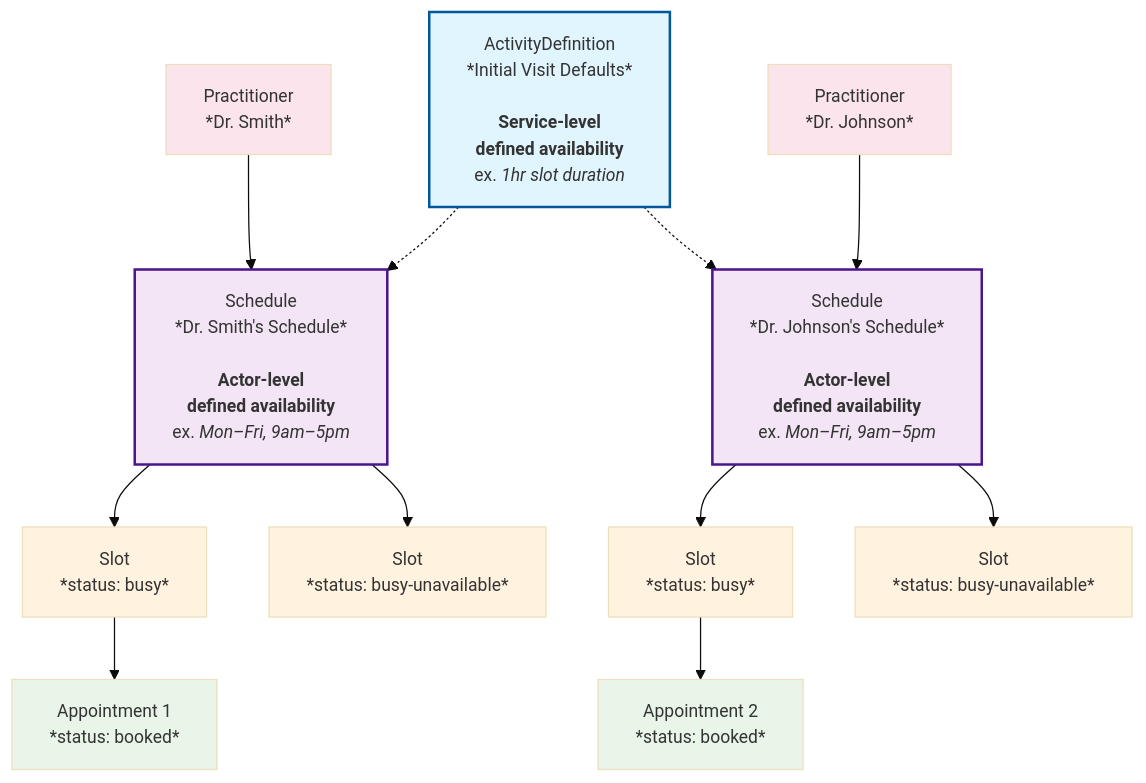
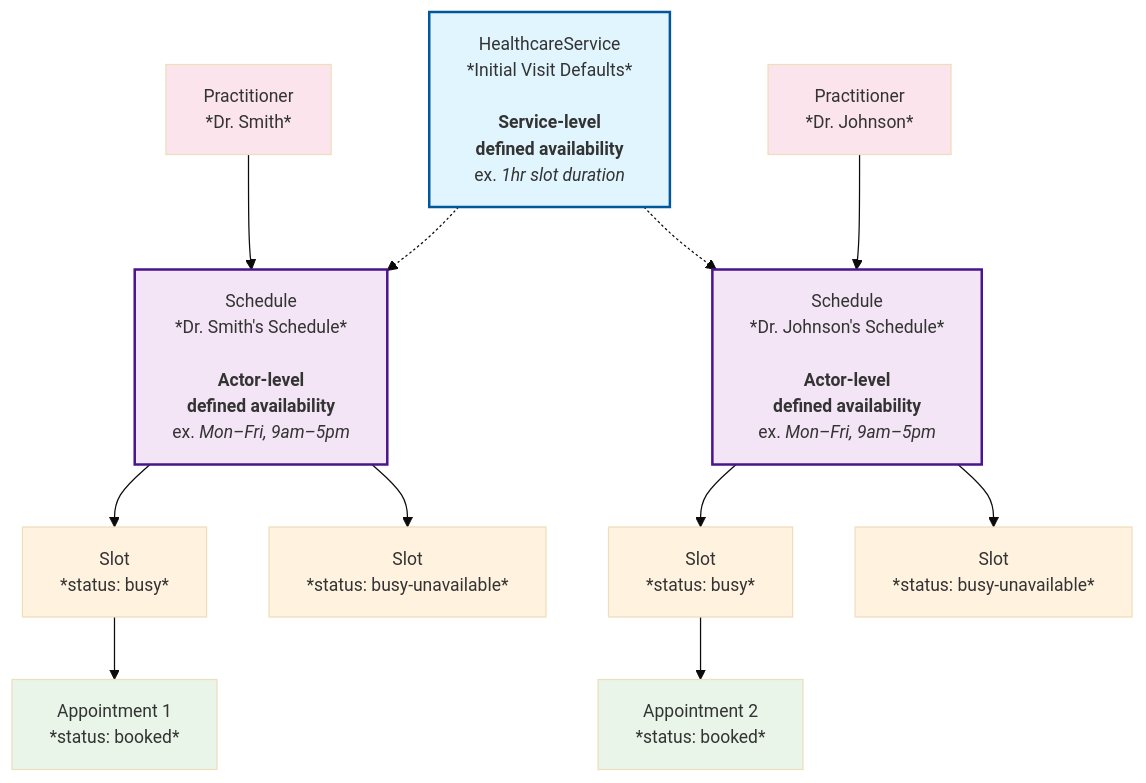
One commit to medplum/medplum changed the first of 5 diagrams in packages/docs/docs/scheduling/defining-availability.md. Above: the diagram before and after it, drawn with Mermaid. The commit also changed other lines of this file and 8 other files, not shown here.

First line of the commit message:
Shared Scheduling config lives on HealthcareService

````diff
--- a/packages/docs/docs/scheduling/defining-availability.md
+++ b/packages/docs/docs/scheduling/defining-availability.md
@@ -14,28 +14,28 @@
 ```mermaid
 %%{init: {'theme':'base', 'themeVariables': {'fontSize':'14px'}, 'flowchart': {'useMaxWidth': false, 'htmlLabels': true}}}%%
 graph TD
     C1[Practitioner<br/>*Dr. Smith*] --> B1
-    A[ActivityDefinition<br/>*Initial Visit Defaults*<br/><br/><b>Service-level<br/>defined availability</b><br/>ex. <i>1hr slot duration</i>] -.-> B1[Schedule<br/>*Dr. Smith's Schedule*<br/><br/><b>Actor-level<br/>defined availability</b><br/>ex. <i>Mon–Fri, 9am–5pm</i>]
+    A[HealthcareService<br/>*Initial Visit Defaults*<br/><br/><b>Service-level<br/>defined availability</b><br/>ex. <i>1hr slot duration</i>] -.-> B1[Schedule<br/>*Dr. Smith's Schedule*<br/><br/><b>Actor-level<br/>defined availability</b><br/>ex. <i>Mon–Fri, 9am–5pm</i>]
     A -.-> B2[Schedule<br/>*Dr. Johnson's Schedule*<br/><br/><b>Actor-level<br/>defined availability</b><br/>ex. <i>Mon–Fri, 9am–5pm</i>]
     C2[Practitioner<br/>*Dr. Johnson*] --> B2
 
     B1 --> D1[Slot<br/>*status: busy*]
     B1 --> D2[Slot<br/>*status: busy-unavailable*]
     B2 --> D3[Slot<br/>*status: busy*]
     B2 --> D4[Slot<br/>*status: busy-unavailable*]
 
     D1 --> E1[Appointment 1<br/>*status: booked*]
     D3 --> E2[Appointment 2<br/>*status: booked*]
 
     style A fill:#e1f5fe,stroke:#01579b,stroke-width:2px
     style B1 fill:#f3e5f5,stroke:#4a148c,stroke-width:2px
     style B2 fill:#f3e5f5,stroke:#4a148c,stroke-width:2px
     style C1 fill:#fce4ec
     style C2 fill:#fce4ec
     style D1 fill:#fff3e0
     style D2 fill:#fff3e0
     style D3 fill:#fff3e0
     style D4 fill:#fff3e0
     style E1 fill:#e8f5e8
     style E2 fill:#e8f5e8
 ```
````
